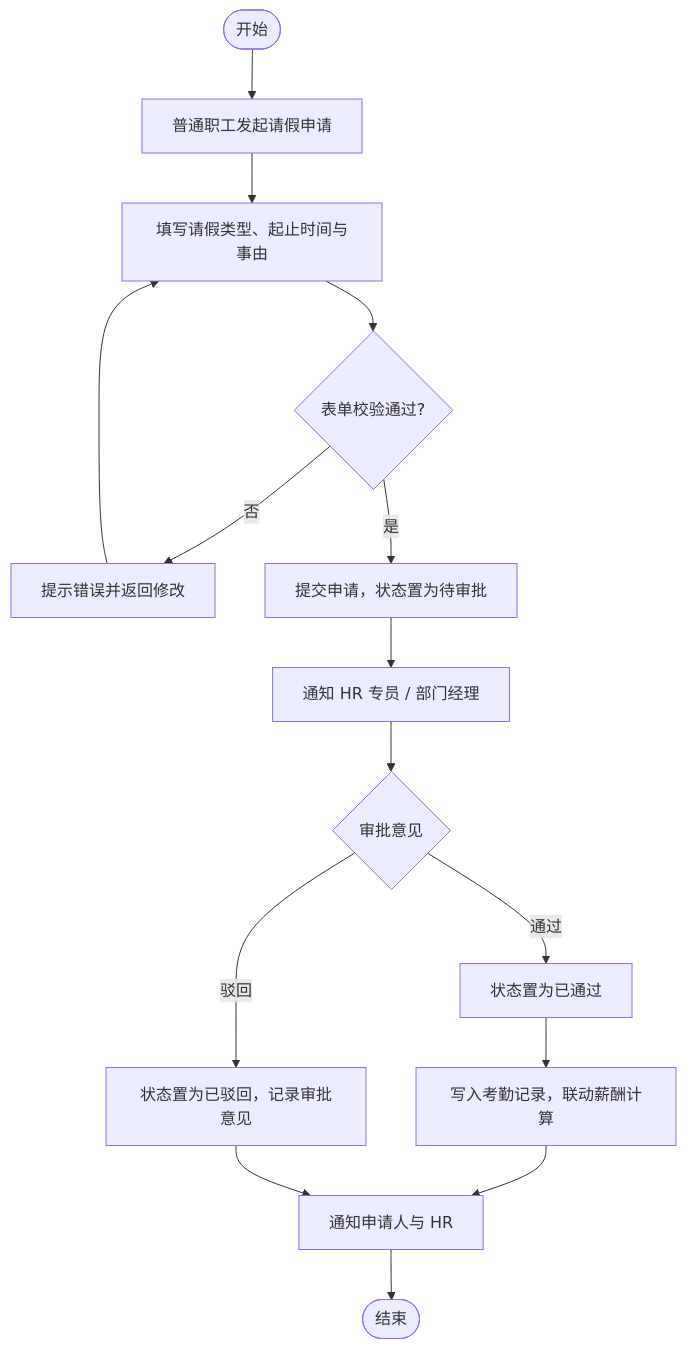
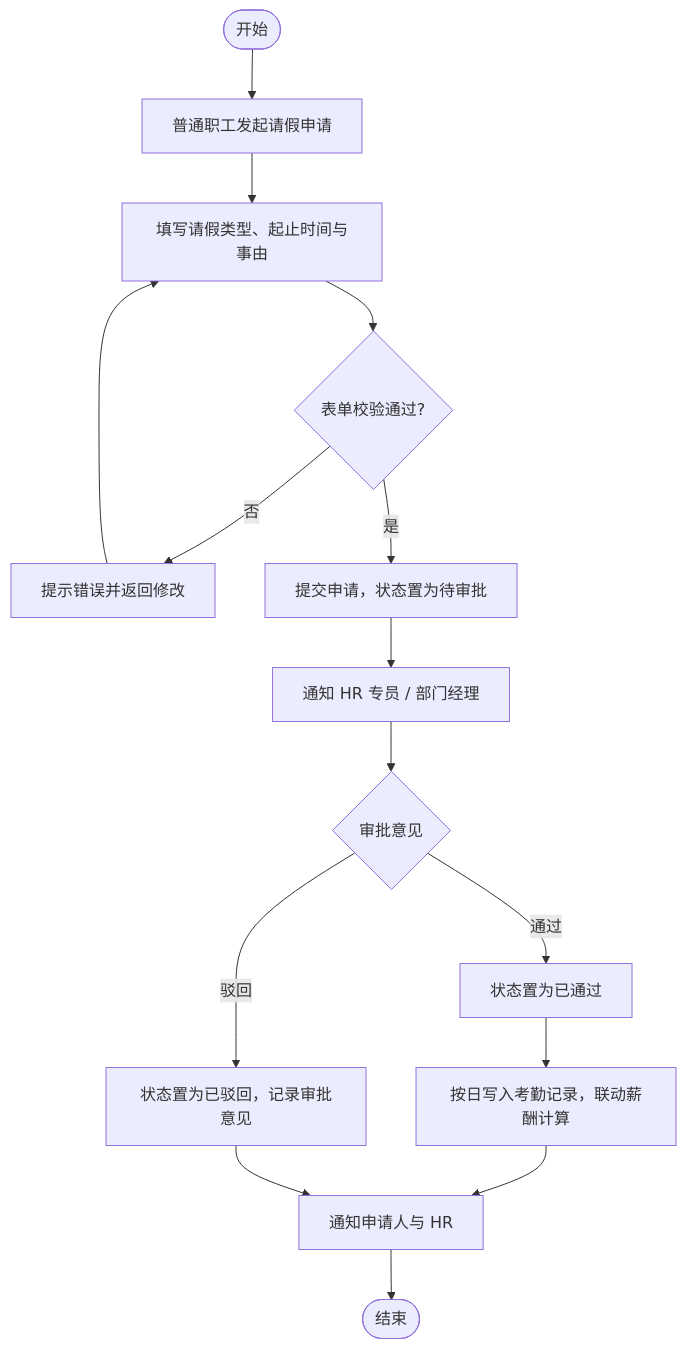
One commit to C-wayen/hrms changed the tenth of 15 diagrams in code_artifact.md. Above: the diagram before and after it, drawn with Mermaid. The commit also changed other lines of this file and 2 other files, not shown here.

Commit message:
docs: 增加UML图相关内容，规范格式

````diff
--- a/code_artifact.md
+++ b/code_artifact.md
@@ -346,17 +837,17 @@
 ```mermaid
 flowchart TD
     Start([开始]) --> Apply[普通职工发起请假申请]
     Apply --> Fill[填写请假类型、起止时间与事由]
     Fill --> Valid{表单校验通过?}
     Valid -- 否 --> Err[提示错误并返回修改]
     Err --> Fill
     Valid -- 是 --> Submit[提交申请，状态置为待审批]
     Submit --> Notify[通知 HR 专员 / 部门经理]
     Notify --> Review{审批意见}
     Review -- 驳回 --> Reject[状态置为已驳回，记录审批意见]
     Review -- 通过 --> Approve[状态置为已通过]
-    Approve --> Sync[写入考勤记录，联动薪酬计算]
+    Approve --> Sync[按日写入考勤记录，联动薪酬计算]
     Sync --> NotifyEmp[通知申请人与 HR]
     Reject --> NotifyEmp
     NotifyEmp --> End([结束])
 ```
````
